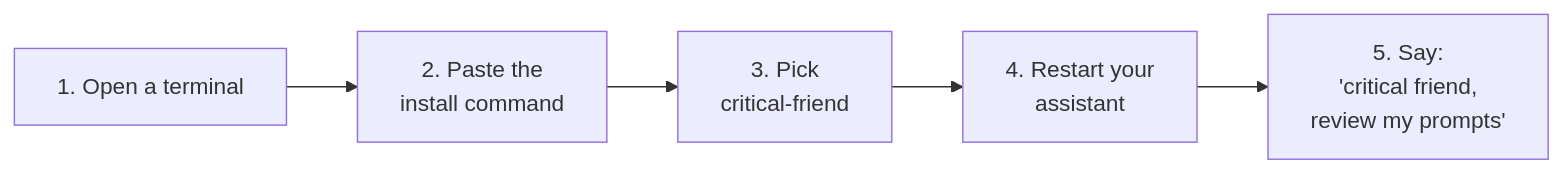
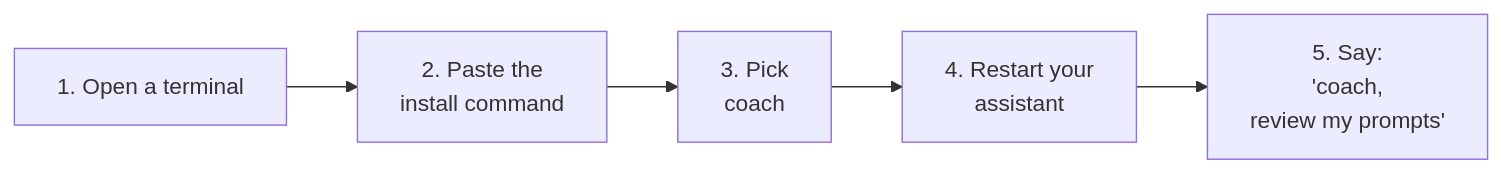
The third of 9 diagrams in README.md (andrew44/tokenomics), drawn with Mermaid before and after one commit. The commit also changed other lines of this file and 9 other files, not shown here.

First line of the commit message:
Rename critical-friend to coach

````diff
--- a/README.md
+++ b/README.md
@@ -74,4 +74,4 @@
 ```mermaid
 flowchart LR
-    A["1. Open a terminal"] --> B["2. Paste the<br/>install command"] --> C["3. Pick<br/>critical-friend"] --> D["4. Restart your<br/>assistant"] --> E["5. Say:<br/>'critical friend,<br/>review my prompts'"]
+    A["1. Open a terminal"] --> B["2. Paste the<br/>install command"] --> C["3. Pick<br/>coach"] --> D["4. Restart your<br/>assistant"] --> E["5. Say:<br/>'coach,<br/>review my prompts'"]
 ```
````
